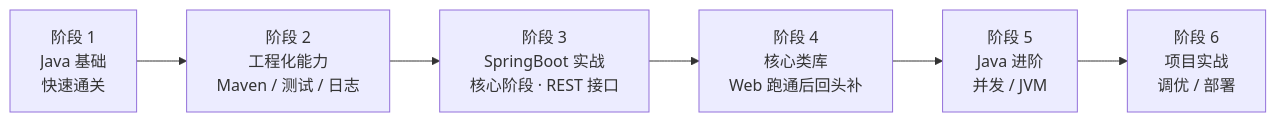
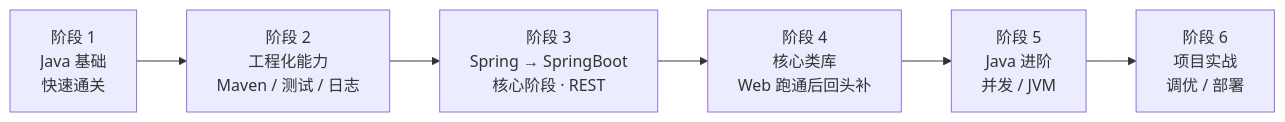
Before and after one commit to l552177239/my-note: the second of 8 diagrams in docs/02.后端/01.Java/01.Java介绍.md, drawn with Mermaid. The commit also changed other lines of this file and 7 other files, not shown here.

````diff
--- a/docs/02.后端/01.Java/01.Java介绍.md
+++ b/docs/02.后端/01.Java/01.Java介绍.md
@@ -98,8 +97,8 @@
 ```mermaid
 flowchart LR
     A["阶段 1<br/>Java 基础<br/>快速通关"] --> B["阶段 2<br/>工程化能力<br/>Maven / 测试 / 日志"]
-    B --> C["阶段 3<br/>SpringBoot 实战<br/>核心阶段 · REST 接口"]
+    B --> C["阶段 3<br/>Spring → SpringBoot<br/>核心阶段 · REST"]
     C --> D["阶段 4<br/>核心类库<br/>Web 跑通后回头补"]
     D --> E["阶段 5<br/>Java 进阶<br/>并发 / JVM"]
     E --> F["阶段 6<br/>项目实战<br/>调优 / 部署"]
 ```
````
